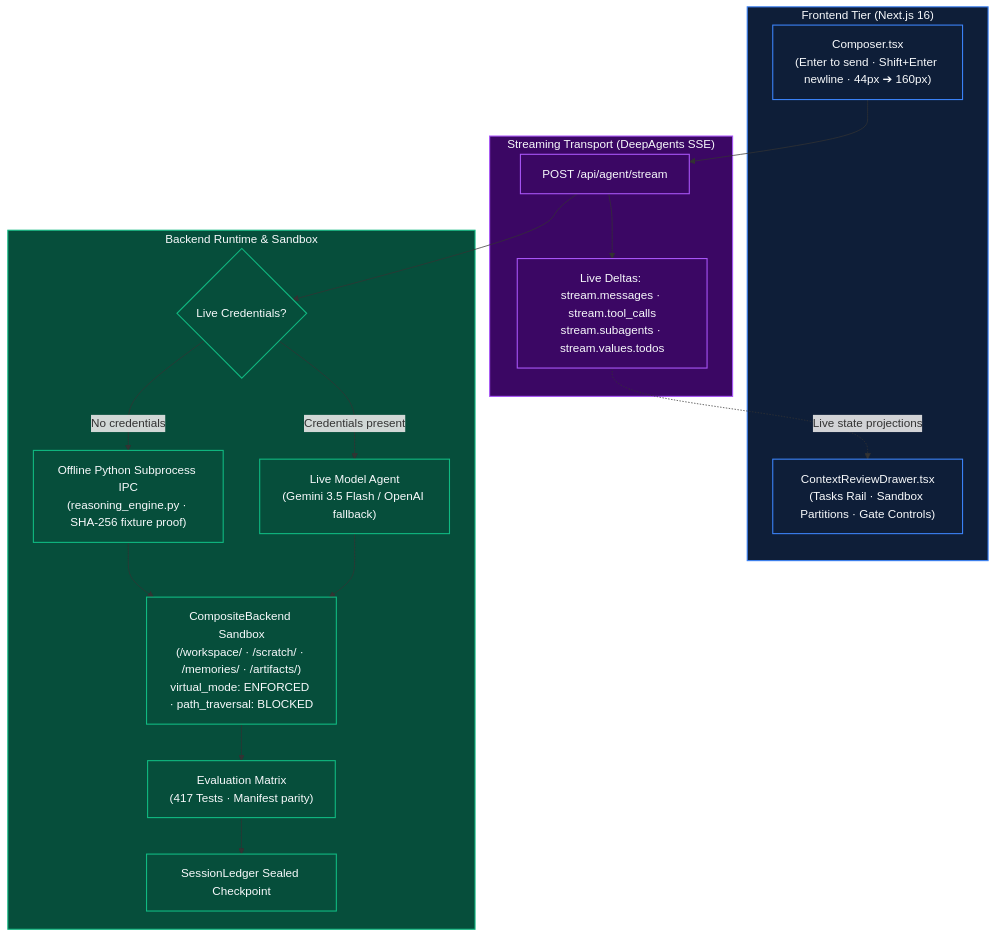
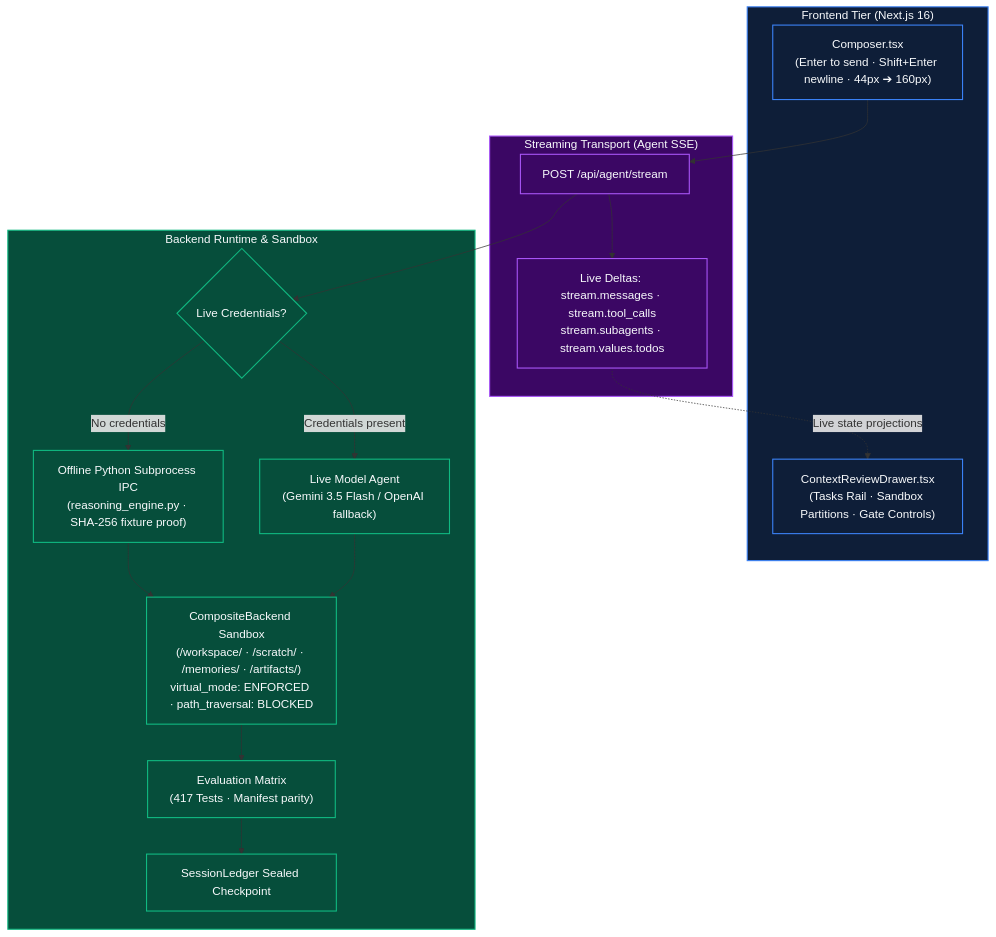
One commit to itz1508/oneshot_e2e changed the fourth of 4 diagrams in DIAGRAM.md. Above: the diagram before and after it, drawn with Mermaid. The commit also changed 38 other files, not shown here.

Commit message:
refactor: standardize Agent architecture, clean documentation, and enforce native contracts

````diff
--- a/DIAGRAM.md
+++ b/DIAGRAM.md
@@ -159,42 +159,42 @@
 ```mermaid
 flowchart TD
     subgraph UI_TIER["Frontend Tier (Next.js 16)"]
         COMP["Composer.tsx\n(Enter to send · Shift+Enter newline · 44px ➔ 160px)"]
         DRAWER["ContextReviewDrawer.tsx\n(Tasks Rail · Sandbox Partitions · Gate Controls)"]
     end
 
-    subgraph SSE_TIER["Streaming Transport (DeepAgents SSE)"]
+    subgraph SSE_TIER["Streaming Transport (Agent SSE)"]
         POST_REQ["POST /api/agent/stream"]
         SSE_DELTAS["Live Deltas: stream.messages · stream.tool_calls\nstream.subagents · stream.values.todos"]
     end
 
     subgraph BACKEND_TIER["Backend Runtime & Sandbox"]
         AUTH_ROUTER{"Live Credentials?"}
         PY_SUB["Offline Python Subprocess IPC\n(reasoning_engine.py · SHA-256 fixture proof)"]
         STRANDS_AGENT["Live Model Agent\n(Gemini 3.5 Flash / OpenAI fallback)"]
         SANDBOX["CompositeBackend Sandbox\n(/workspace/ · /scratch/ · /memories/ · /artifacts/)\nvirtual_mode: ENFORCED · path_traversal: BLOCKED"]
         TESTS["Evaluation Matrix\n(417 Tests · Manifest parity)"]
         LEDGER["SessionLedger Sealed Checkpoint"]
     end
 
     COMP --> POST_REQ
     POST_REQ --> SSE_DELTAS
     SSE_DELTAS -.->|"Live state projections"| DRAWER
 
     POST_REQ --> AUTH_ROUTER
     AUTH_ROUTER -->|"No credentials"| PY_SUB
     AUTH_ROUTER -->|"Credentials present"| STRANDS_AGENT
 
     PY_SUB --> SANDBOX
     STRANDS_AGENT --> SANDBOX
     SANDBOX --> TESTS
     TESTS --> LEDGER
 
     classDef blue fill:#0e1e38,stroke:#3b82f6,stroke-width:1.5px,color:#f8fafc;
     classDef purple fill:#3b0764,stroke:#a855f7,stroke-width:1.5px,color:#f8fafc;
     classDef green fill:#064e3b,stroke:#10b981,stroke-width:1.5px,color:#f8fafc;
 
     class UI_TIER,COMP,DRAWER blue;
     class SSE_TIER,POST_REQ,SSE_DELTAS purple;
     class BACKEND_TIER,AUTH_ROUTER,PY_SUB,STRANDS_AGENT,SANDBOX,TESTS,LEDGER green;
 ```
````
